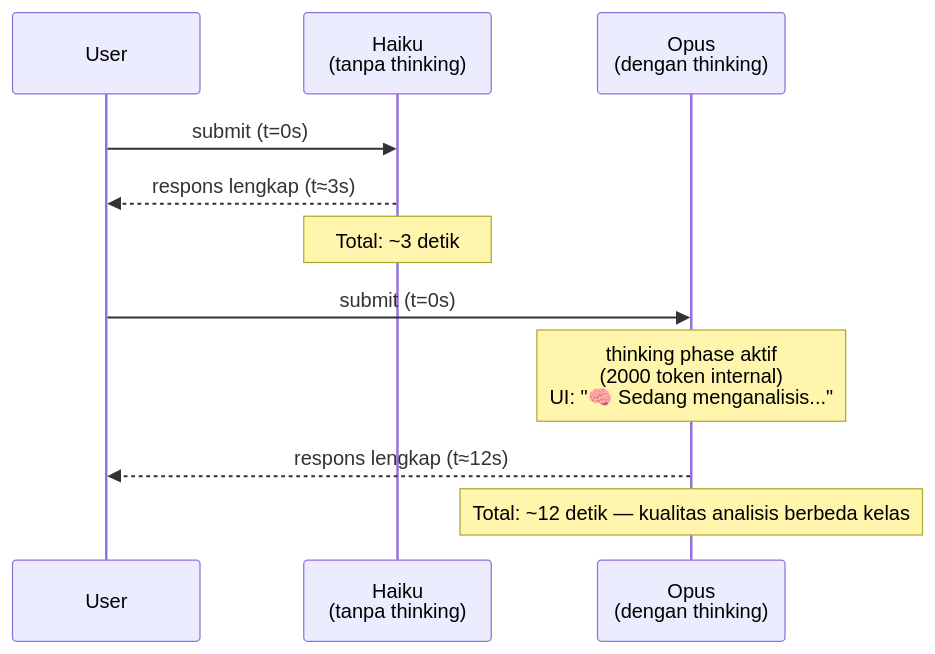
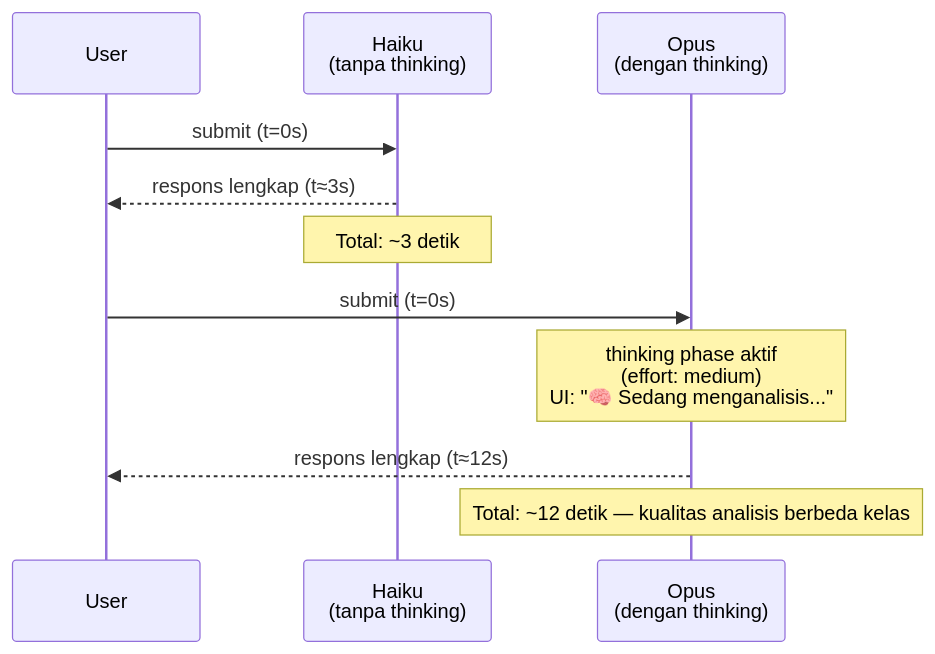
The fifth of 8 diagrams in Day 3 - System Prompt Engineering/Module-04-Content-Generation/materi.md (githubna-ilham/AI_Claude), drawn with Mermaid before and after one commit. The commit also changed other lines of this file and 7 other files, not shown here.

````diff
--- a/Day 3 - System Prompt Engineering/Module-04-Content-Generation/materi.md
+++ b/Day 3 - System Prompt Engineering/Module-04-Content-Generation/materi.md
@@ -337,15 +339,15 @@
 ```mermaid
 sequenceDiagram
     participant U as User
     participant H as Haiku<br/>(tanpa thinking)
     participant O as Opus<br/>(dengan thinking)
 
     U->>H: submit (t=0s)
     H-->>U: respons lengkap (t≈3s)
     Note over H: Total: ~3 detik
 
     U->>O: submit (t=0s)
-    Note over O: thinking phase aktif<br/>(2000 token internal)<br/>UI: "🧠 Sedang menganalisis..."
+    Note over O: thinking phase aktif<br/>(effort: medium)<br/>UI: "🧠 Sedang menganalisis..."
     O-->>U: respons lengkap (t≈12s)
     Note over O: Total: ~12 detik — kualitas analisis berbeda kelas
 ```
````
